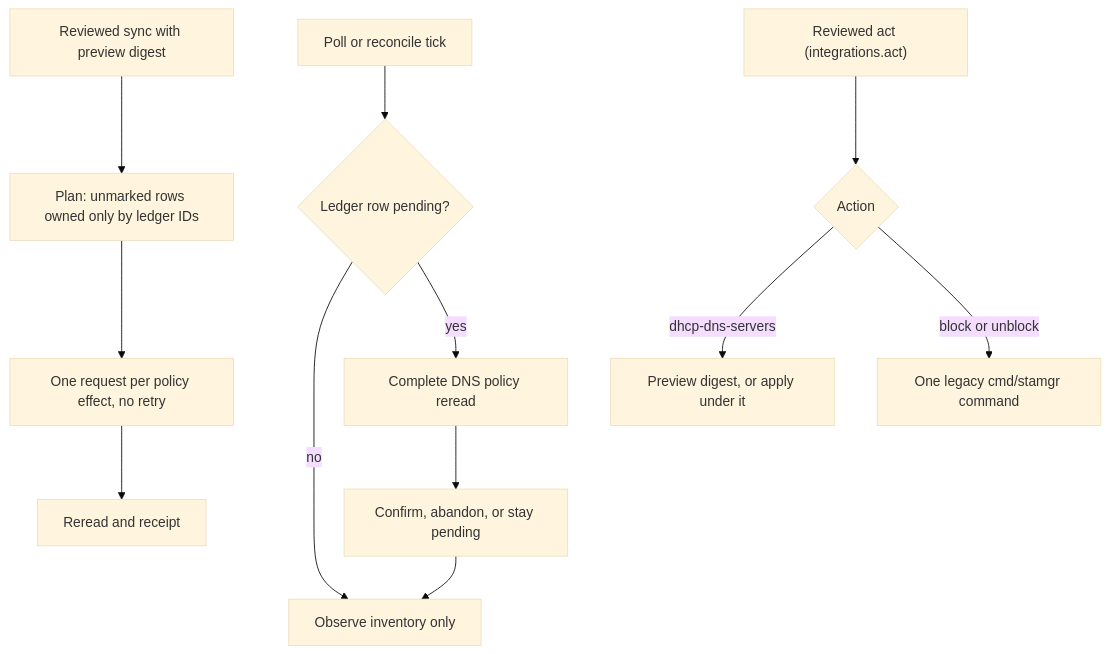
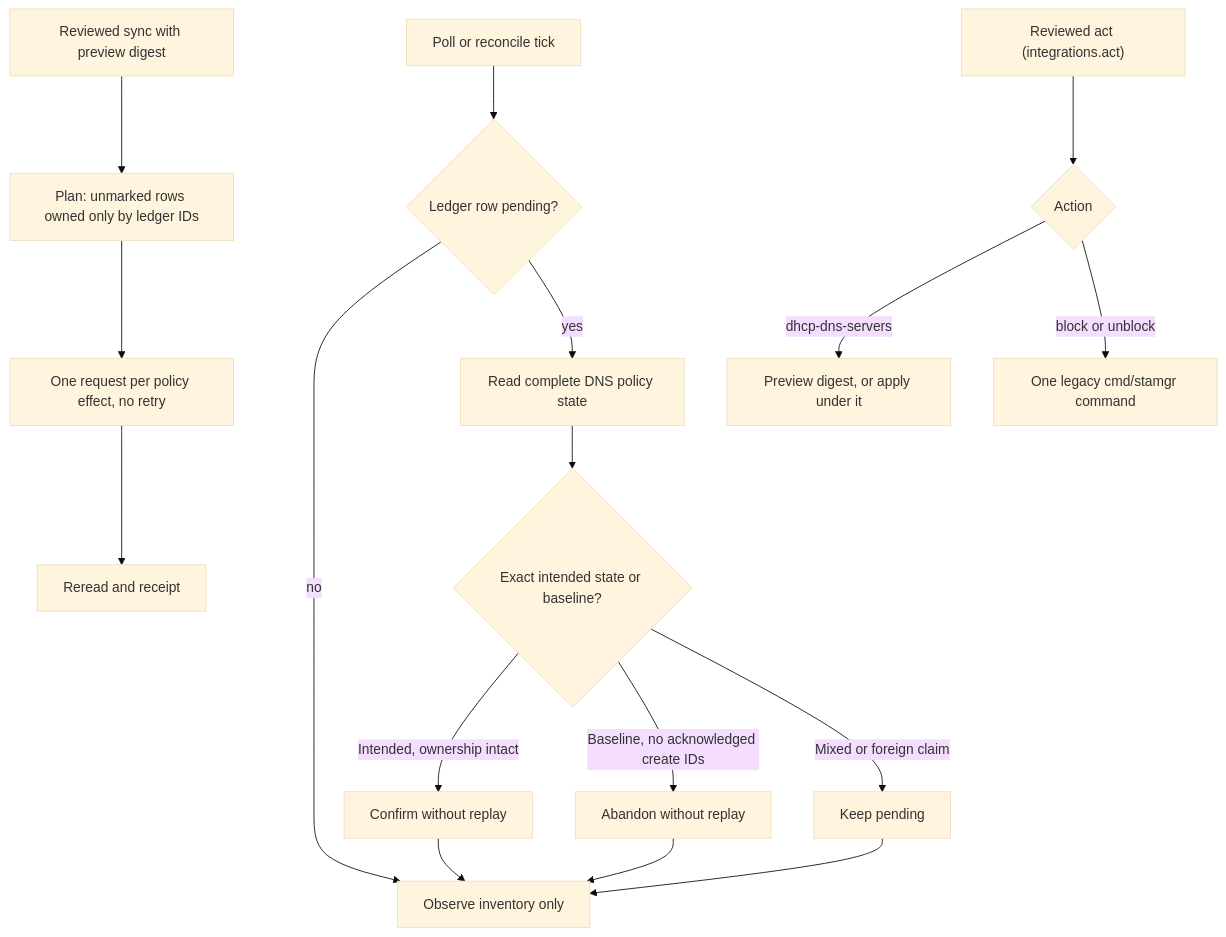
The sixth of 17 diagrams in docs/architecture/integrations.md (robertherbaugh/kudurru), drawn with Mermaid (base theme) before and after one commit. The commit also changed other lines of this file and 8 other files, not shown here.

````diff
--- a/docs/architecture/integrations.md
+++ b/docs/architecture/integrations.md
@@ -311,12 +314,15 @@
 ```mermaid
 flowchart TD
     Tick["Poll or reconcile tick"] --> Pending{"Ledger row pending?"}
     Pending -- no --> Observe["Observe inventory only"]
-    Pending -- yes --> Reread["Complete DNS policy reread"] --> Settle["Confirm, abandon, or stay pending"] --> Observe
+    Pending -- yes --> Reread["Read complete DNS policy state"] --> State{"Exact intended state or baseline?"}
+    State -- "Intended, ownership intact" --> Confirm["Confirm without replay"] --> Observe
+    State -- "Baseline, no acknowledged create IDs" --> Abandon["Abandon without replay"] --> Observe
+    State -- "Mixed or foreign claim" --> Retain["Keep pending"] --> Observe
     Review["Reviewed sync with preview digest"] --> Plan["Plan: unmarked rows owned only by ledger IDs"]
     Plan --> Effects["One request per policy effect, no retry"]
     Effects --> Receipt["Reread and receipt"]
     Act["Reviewed act (integrations.act)"] --> Action{"Action"}
     Action -- dhcp-dns-servers --> DHCP["Preview digest, or apply under it"]
     Action -- block or unblock --> Station["One legacy cmd/stamgr command"]
 ```
````
